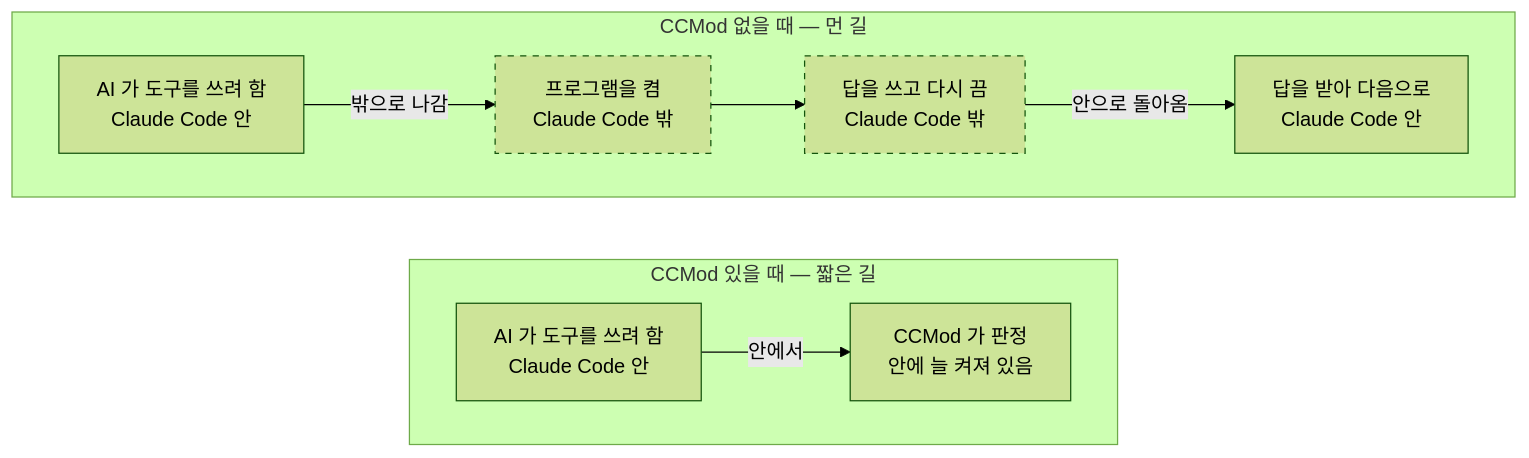
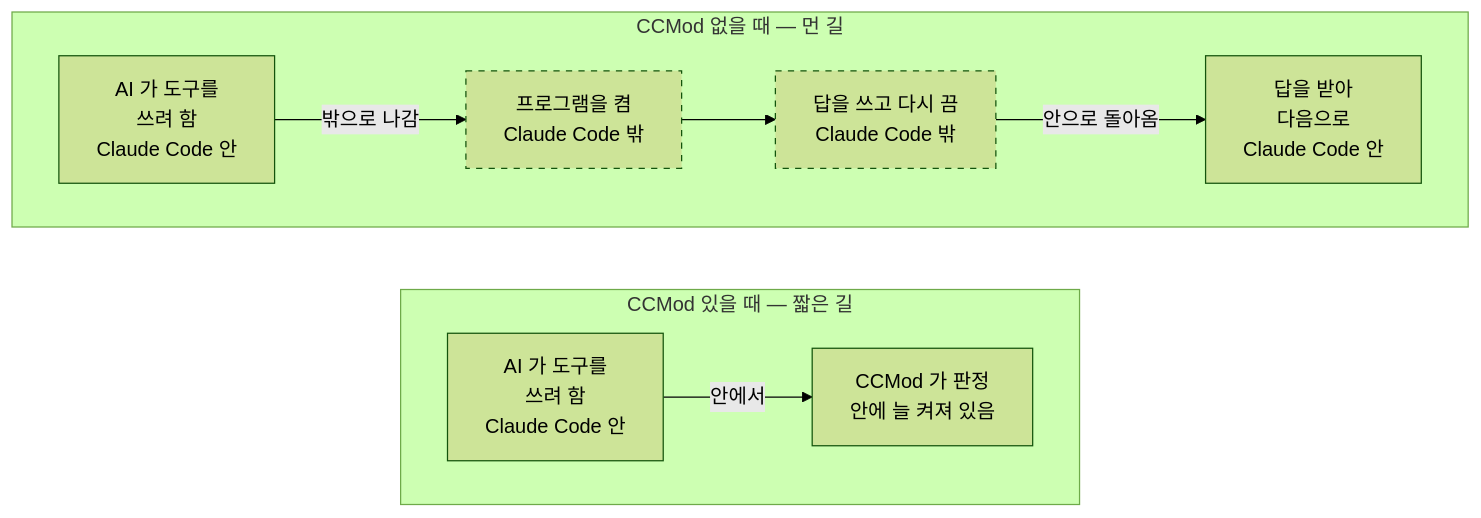
Before and after one commit to treylom/mod-for-slack: the first of 2 diagrams in docs/install.md, drawn with Mermaid (forest theme). The commit also changed other lines of this file and 5 other files, not shown here.

````diff
--- a/docs/install.md
+++ b/docs/install.md
@@ -11,14 +11,14 @@
 ```mermaid
 flowchart TB
   subgraph NO["CCMod 없을 때 — 먼 길"]
     direction LR
-    A1["AI 가 도구를 쓰려 함<br/>Claude Code 안"] -- "밖으로 나감" --> P1["프로그램을 켬<br/>Claude Code 밖"] --> W1["답을 쓰고 다시 끔<br/>Claude Code 밖"] -- "안으로 돌아옴" --> R1["답을 받아 다음으로<br/>Claude Code 안"]
+    A1["AI 가 도구를<br/>쓰려 함<br/>Claude Code 안"] -- "밖으로 나감" --> P1["프로그램을 켬<br/>Claude Code 밖"] --> W1["답을 쓰고 다시 끔<br/>Claude Code 밖"] -- "안으로 돌아옴" --> R1["답을 받아<br/>다음으로<br/>Claude Code 안"]
   end
   subgraph YES["CCMod 있을 때 — 짧은 길"]
     direction LR
-    A2["AI 가 도구를 쓰려 함<br/>Claude Code 안"] -- "안에서" --> C2["CCMod 가 판정<br/>안에 늘 켜져 있음"]
+    A2["AI 가 도구를<br/>쓰려 함<br/>Claude Code 안"] -- "안에서" --> C2["CCMod 가 판정<br/>안에 늘 켜져 있음"]
   end
   NO ~~~ YES
   classDef out stroke-dasharray:5 5
   class P1,W1 out
 ```
````
